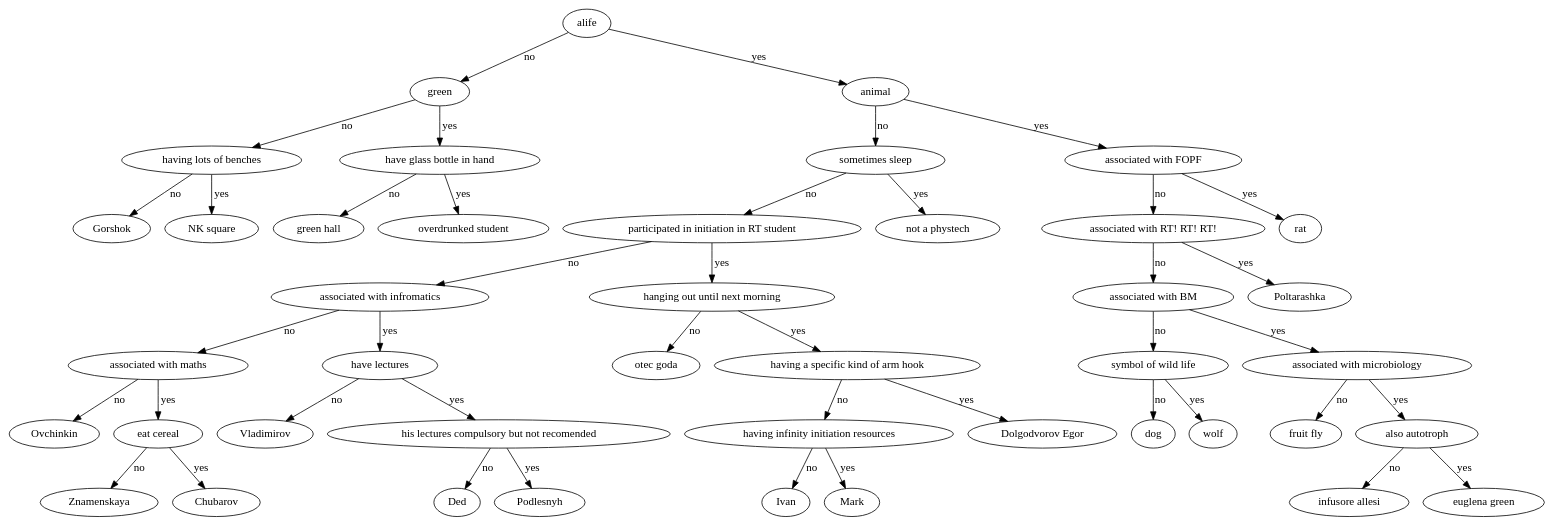
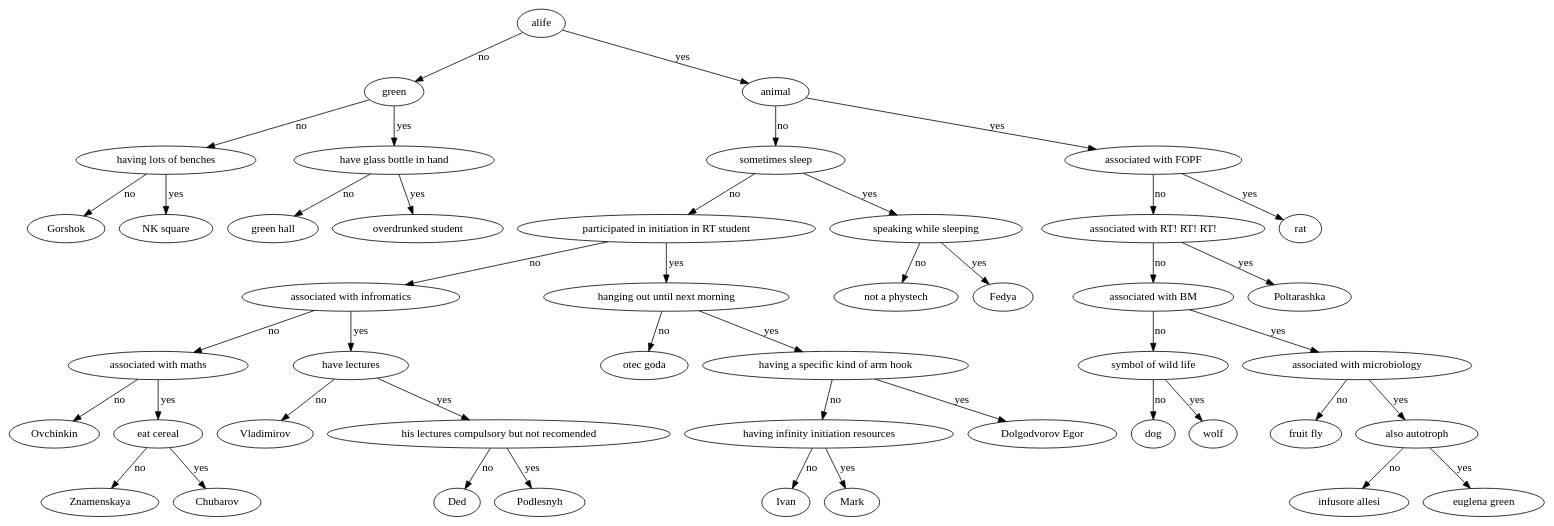
The diagram in cmake-build-debug/graph.dot (Krym4s/Tree_DED), drawn with Graphviz before and after one commit. The commit also changed 6 other files, not shown here.

```diff
--- a/cmake-build-debug/graph.dot
+++ b/cmake-build-debug/graph.dot
@@ -1,45 +1,47 @@
 digraph LIST{
 	rankdir = TB;
 "alife" -> "green"[label="no"];
 "green" -> "having lots of benches"[label="no"];
 "having lots of benches" -> "Gorshok"[label="no"];
 "having lots of benches" -> "NK square"[label="yes"];
 "green" -> "have glass bottle in hand"[label="yes"];
 "have glass bottle in hand" -> "green hall"[label="no"];
 "have glass bottle in hand" -> "overdrunked student"[label="yes"];
 "alife" -> "animal"[label="yes"];
 "animal" -> "sometimes sleep"[label="no"];
 "sometimes sleep" -> "participated in initiation in RT student"[label="no"];
 "participated in initiation in RT student" -> "associated with infromatics"[label="no"];
 "associated with infromatics" -> "associated with maths"[label="no"];
 "associated with maths" -> "Ovchinkin"[label="no"];
 "associated with maths" -> "eat cereal"[label="yes"];
 "eat cereal" -> "Znamenskaya"[label="no"];
 "eat cereal" -> "Chubarov"[label="yes"];
 "associated with infromatics" -> "have lectures"[label="yes"];
 "have lectures" -> "Vladimirov"[label="no"];
 "have lectures" -> "his lectures compulsory but not recomended"[label="yes"];
 "his lectures compulsory but not recomended" -> "Ded"[label="no"];
 "his lectures compulsory but not recomended" -> "Podlesnyh"[label="yes"];
 "participated in initiation in RT student" -> "hanging out until next morning"[label="yes"];
 "hanging out until next morning" -> "otec goda"[label="no"];
 "hanging out until next morning" -> "having a specific kind of arm hook"[label="yes"];
 "having a specific kind of arm hook" -> "having infinity initiation resources"[label="no"];
 "having infinity initiation resources" -> "Ivan"[label="no"];
 "having infinity initiation resources" -> "Mark"[label="yes"];
 "having a specific kind of arm hook" -> "Dolgodvorov Egor"[label="yes"];
-"sometimes sleep" -> "not a phystech"[label="yes"];
+"sometimes sleep" -> "speaking while sleeping"[label="yes"];
+"speaking while sleeping" -> "not a phystech"[label="no"];
+"speaking while sleeping" -> "Fedya"[label="yes"];
 "animal" -> "associated with FOPF"[label="yes"];
 "associated with FOPF" -> "associated with RT! RT! RT!"[label="no"];
 "associated with RT! RT! RT!" -> "associated with BM"[label="no"];
 "associated with BM" -> "symbol of wild life"[label="no"];
 "symbol of wild life" -> "dog"[label="no"];
 "symbol of wild life" -> "wolf"[label="yes"];
 "associated with BM" -> "associated with microbiology"[label="yes"];
 "associated with microbiology" -> "fruit fly"[label="no"];
 "associated with microbiology" -> "also autotroph"[label="yes"];
 "also autotroph" -> "infusore allesi"[label="no"];
 "also autotroph" -> "euglena green"[label="yes"];
 "associated with RT! RT! RT!" -> "Poltarashka"[label="yes"];
 "associated with FOPF" -> "rat"[label="yes"];
 }
```
